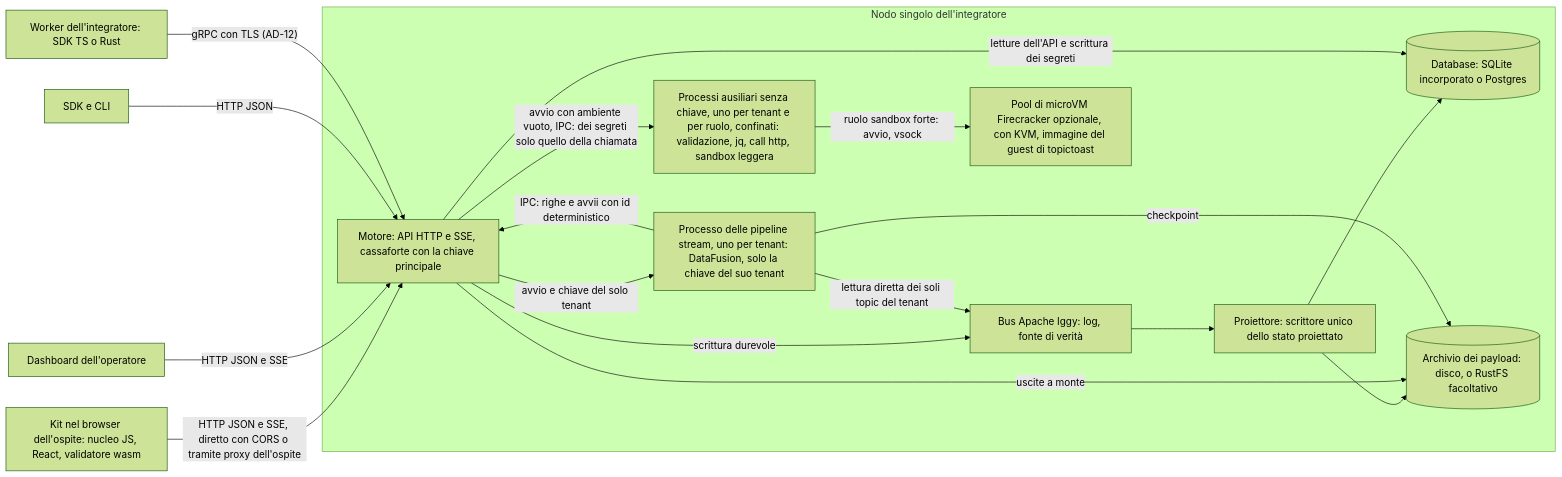
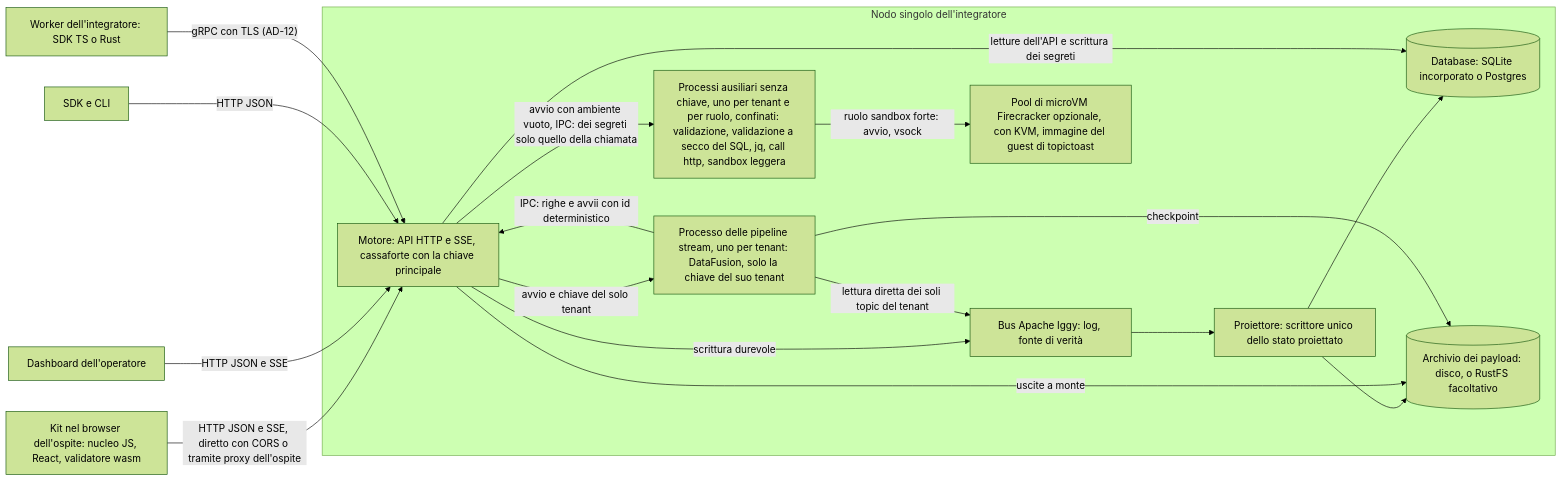
The second of 3 diagrams in docs/architecture/architecture-topictoast-2026-11-20/ARCHITECTURE-SPINE.md (topictoast/topictoast), drawn with Mermaid (forest theme) before and after one commit. The commit also changed other lines of this file and 4 other files, not shown here.

````diff
--- a/docs/architecture/architecture-topictoast-2026-11-20/ARCHITECTURE-SPINE.md
+++ b/docs/architecture/architecture-topictoast-2026-11-20/ARCHITECTURE-SPINE.md
@@ -747,34 +795,34 @@
 ```mermaid
 flowchart LR
   subgraph node1 ["Nodo singolo dell'integratore"]
     engine["Motore: API HTTP e SSE, cassaforte con la chiave principale"]
     projector["Proiettore: scrittore unico dello stato proiettato"]
-    helpers["Processi ausiliari senza chiave, uno per tenant e per ruolo, confinati: validazione, jq, call http, sandbox leggera"]
+    helpers["Processi ausiliari senza chiave, uno per tenant e per ruolo, confinati: validazione, validazione a secco del SQL, jq, call http, sandbox leggera"]
     streams["Processo delle pipeline stream, uno per tenant: DataFusion, solo la chiave del suo tenant"]
     bus["Bus Apache Iggy: log, fonte di verità"]
     db[("Database: SQLite incorporato o Postgres")]
     files[("Archivio dei payload: disco, o RustFS facoltativo")]
     microvm["Pool di microVM Firecracker opzionale, con KVM, immagine del guest di topictoast"]
   end
   workers["Worker dell'integratore: SDK TS o Rust"]
   kit["Kit nel browser dell'ospite: nucleo JS, React, validatore wasm"]
   dash["Dashboard dell'operatore"]
   sdkcli["SDK e CLI"]
 
   kit -->|"HTTP JSON e SSE, diretto con CORS o tramite proxy dell'ospite"| engine
   dash -->|"HTTP JSON e SSE"| engine
   sdkcli -->|"HTTP JSON"| engine
   workers -->|"gRPC con TLS (AD-12)"| engine
   engine -->|"scrittura durevole"| bus
   bus --> projector
   projector --> db
   projector --> files
   engine -->|"letture dell'API e scrittura dei segreti"| db
   engine -->|"uscite a monte"| files
   engine -->|"avvio con ambiente vuoto, IPC: dei segreti solo quello della chiamata"| helpers
   engine -->|"avvio e chiave del solo tenant"| streams
   streams -->|"IPC: righe e avvii con id deterministico"| engine
   helpers -->|"ruolo sandbox forte: avvio, vsock"| microvm
   streams -->|"lettura diretta dei soli topic del tenant"| bus
   streams -->|"checkpoint"| files
 ```
````
